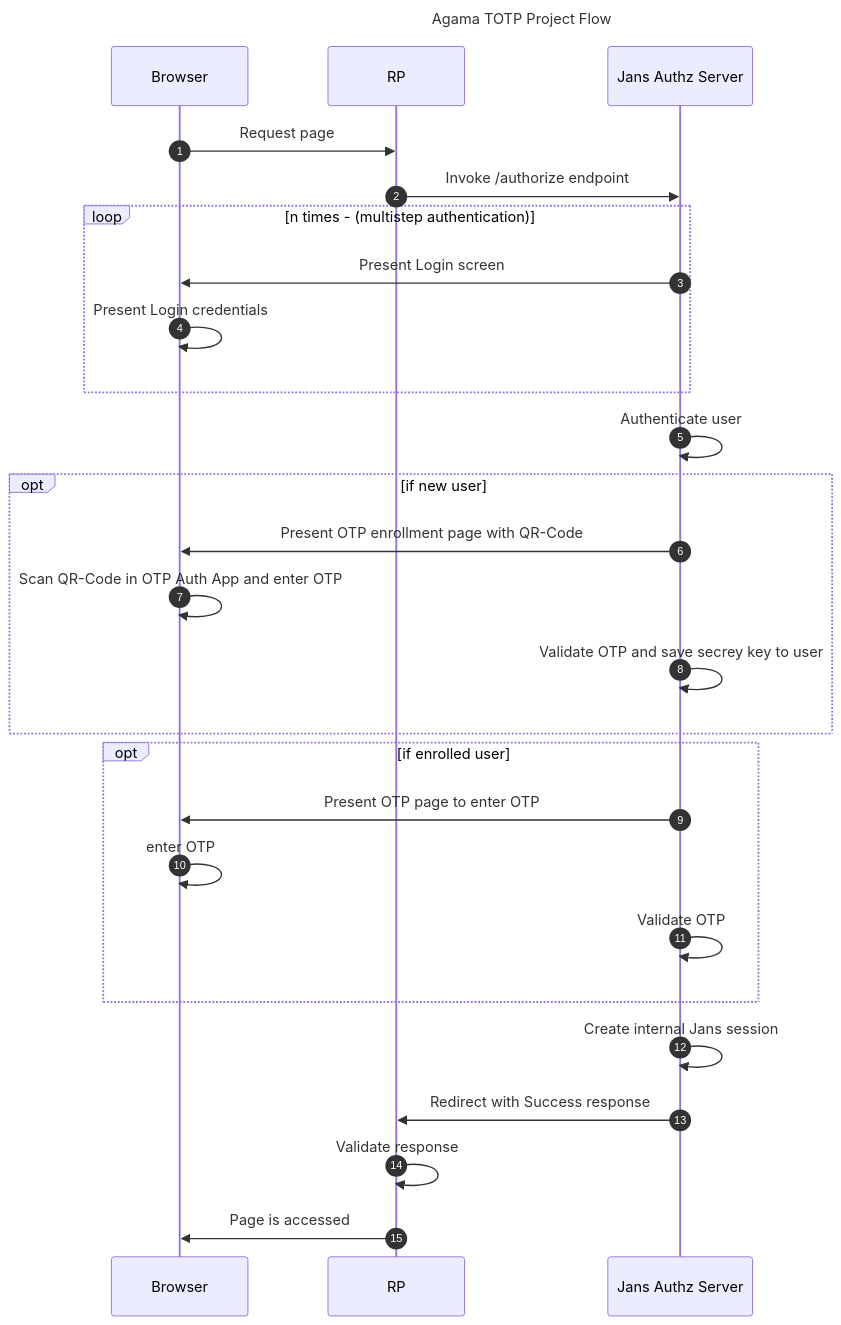
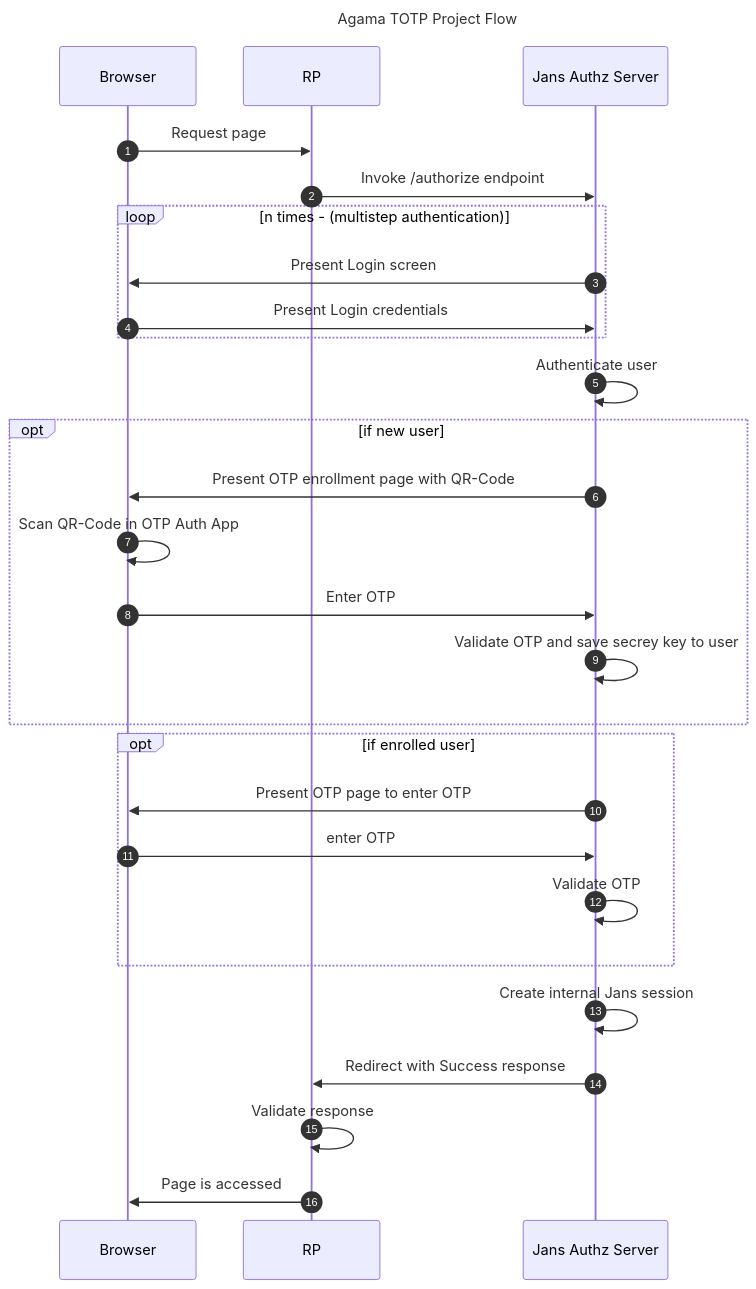
Before and after one commit to kdhttps/agama-otp: the diagram in README.md, drawn with Mermaid.

````diff
--- a/README.md
+++ b/README.md
@@ -9,32 +9,33 @@
 ```mermaid
 sequenceDiagram
 
 title Agama TOTP Project Flow
 
 participant browser as Browser
 participant rp as RP
 participant jans as Jans Authz Server
 
 autonumber
 browser->>rp: Request page
 rp->>jans: Invoke /authorize endpoint
 loop n times - (multistep authentication)
 jans->>browser: Present Login screen
-browser->>browser: Present Login credentials
+browser->>jans: Present Login credentials
 end
 jans->>jans: Authenticate user
 opt if new user
 jans->>browser: Present OTP enrollment page with QR-Code
-browser->>browser: Scan QR-Code in OTP Auth App and enter OTP
+browser->>browser: Scan QR-Code in OTP Auth App
+browser->>jans: Enter OTP
 jans->>jans: Validate OTP and save secrey key to user
 end
 opt if enrolled user
 jans->>browser: Present OTP page to enter OTP
-browser->>browser: enter OTP
+browser->>jans: enter OTP
 jans->>jans: Validate OTP
 end
 jans->>jans: Create internal Jans session
 jans->>rp: Redirect with Success response
 rp->>rp: Validate response
 rp->>browser: Page is accessed
 ```
````
